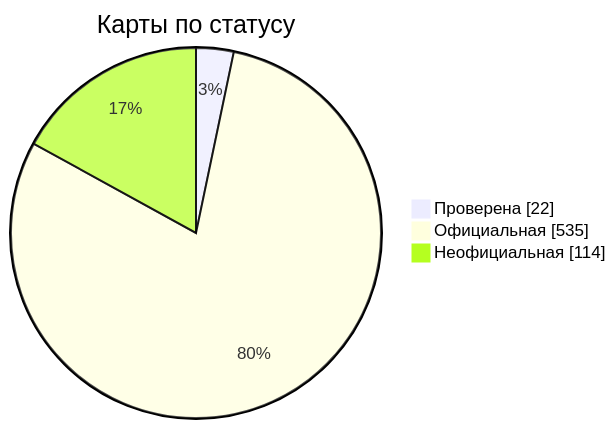
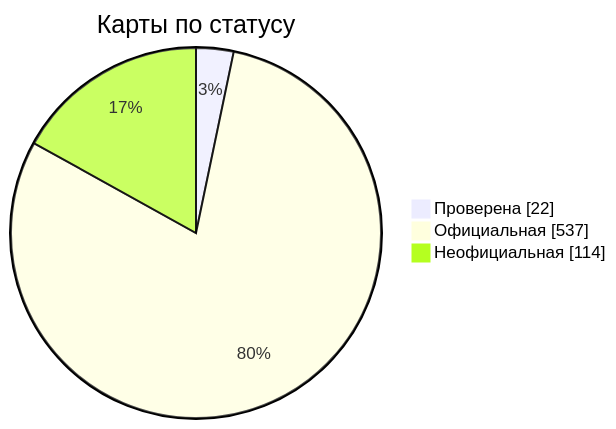
The diagram in docs/readme/README_RU.md (nobrega8/mbmap-library), drawn with Mermaid before and after one commit. The commit also changed 7 other files, not shown here.

````diff
--- a/docs/readme/README_RU.md
+++ b/docs/readme/README_RU.md
@@ -54,7 +54,7 @@
 ```mermaid
 pie showData
     title Карты по статусу
     "Проверена" : 22
-    "Официальная" : 535
+    "Официальная" : 537
     "Неофициальная" : 114
 ```
````
